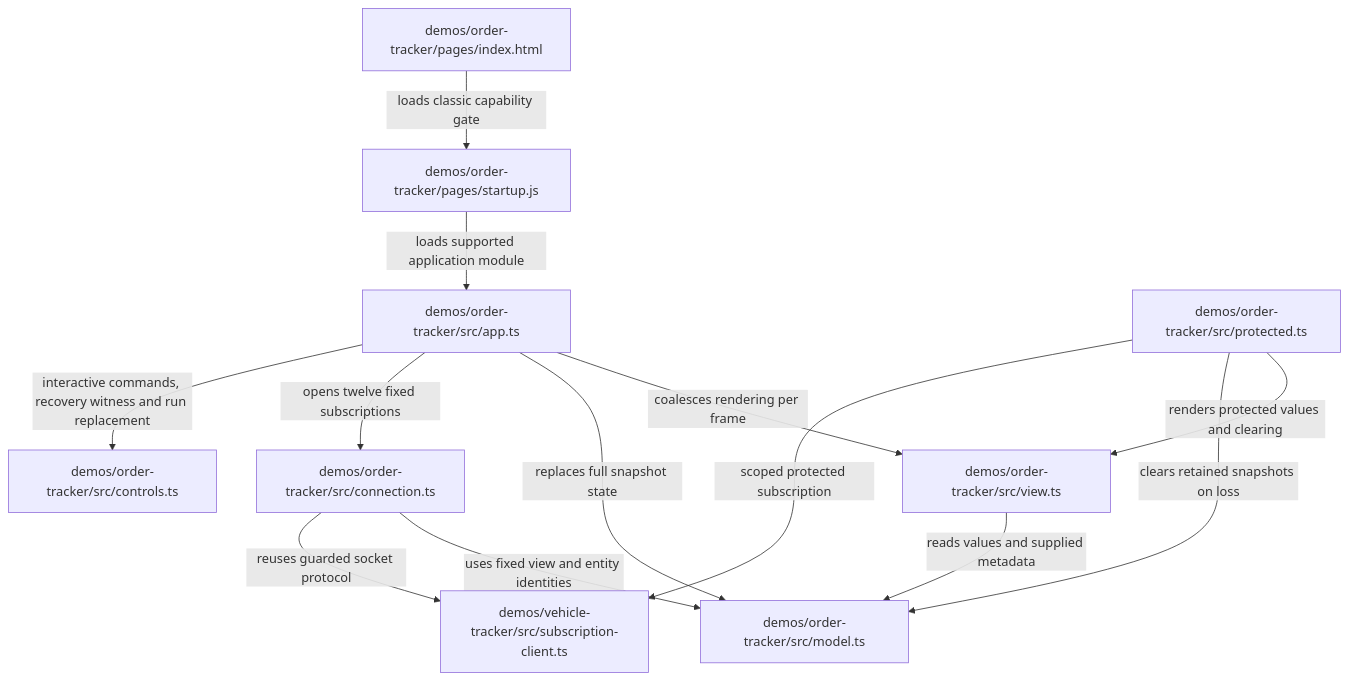
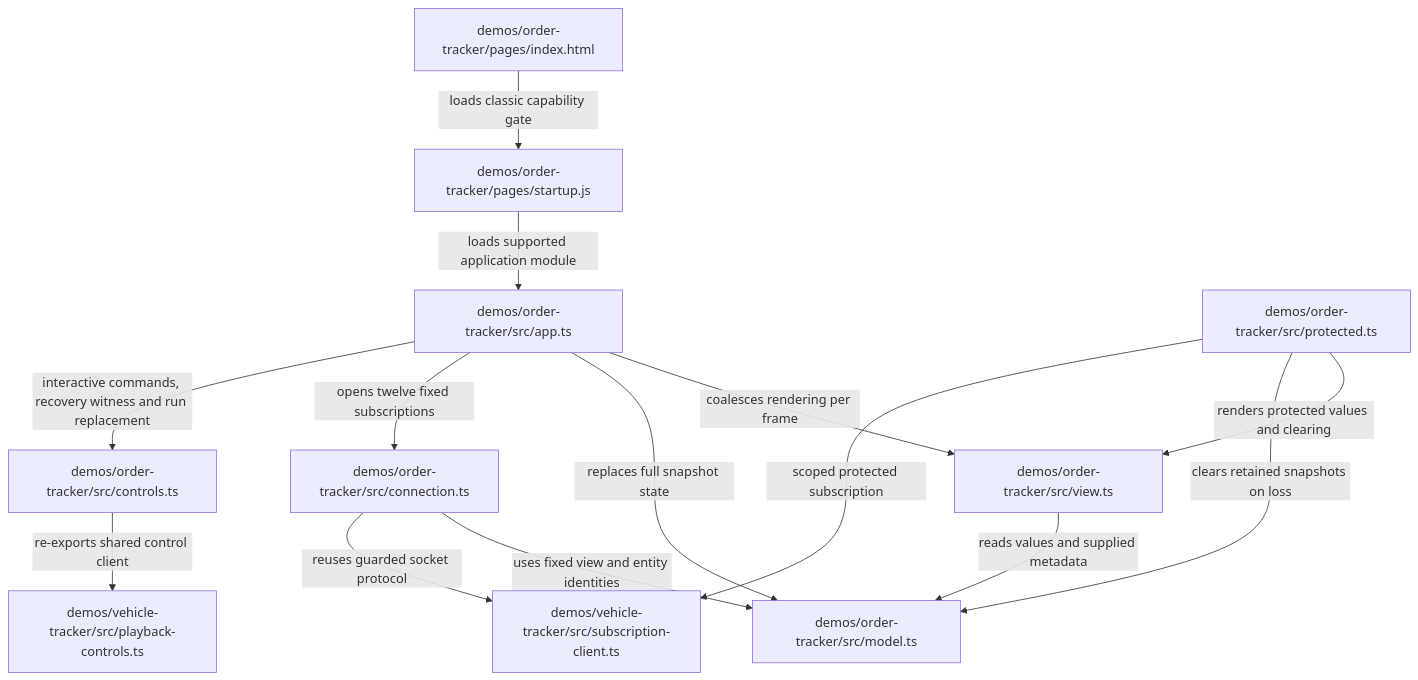
Before and after one commit to sproates/zooglass: the diagram in demos/order-tracker/docs/source-map.md, drawn with Mermaid. The commit also changed other lines of this file and 28 other files, not shown here.

````diff
--- a/demos/order-tracker/docs/source-map.md
+++ b/demos/order-tracker/docs/source-map.md
@@ -8,24 +8,25 @@
 ```mermaid
 flowchart TB
   html["demos/order-tracker/pages/index.html"]
   startup["demos/order-tracker/pages/startup.js"]
   app["demos/order-tracker/src/app.ts"]
   connection["demos/order-tracker/src/connection.ts"]
   controls["demos/order-tracker/src/controls.ts"]
   app -->|interactive commands, recovery witness and run replacement| controls
+  controls -->|re-exports shared control client| sharedControls["demos/vehicle-tracker/src/playback-controls.ts"]
   protected["demos/order-tracker/src/protected.ts"]
   protected -->|scoped protected subscription| protocol
   protected -->|clears retained snapshots on loss| model
   protected -->|renders protected values and clearing| view
   model["demos/order-tracker/src/model.ts"]
   view["demos/order-tracker/src/view.ts"]
   protocol["demos/vehicle-tracker/src/subscription-client.ts"]
   html -->|loads classic capability gate| startup
   startup -->|loads supported application module| app
   app -->|opens twelve fixed subscriptions| connection
   connection -->|reuses guarded socket protocol| protocol
   app -->|replaces full snapshot state| model
   app -->|coalesces rendering per frame| view
   view -->|reads values and supplied metadata| model
   connection -->|uses fixed view and entity identities| model
 ```
````
